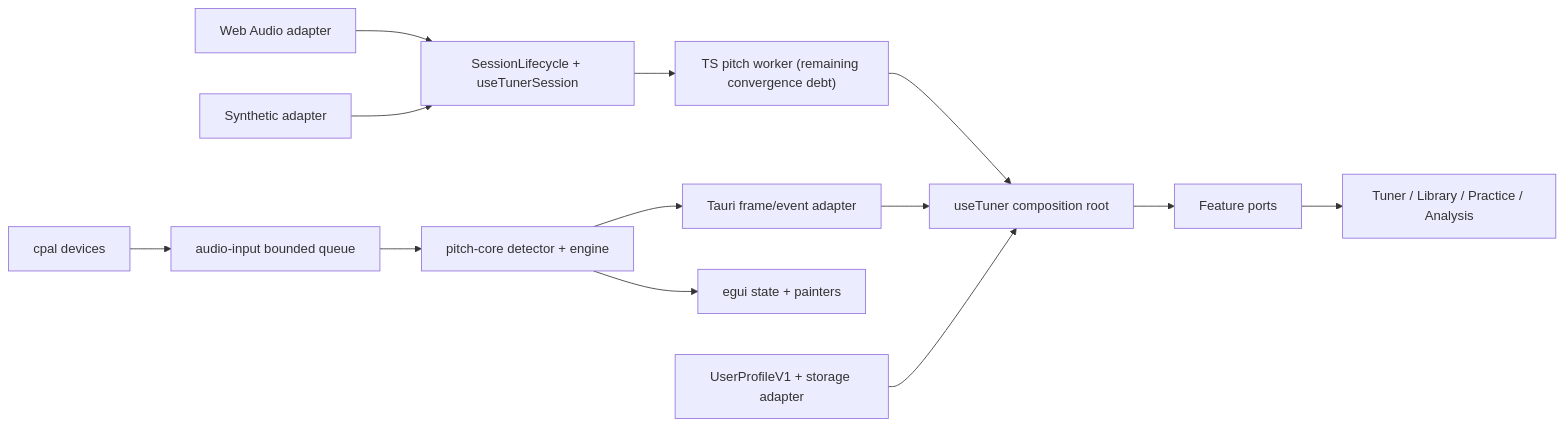
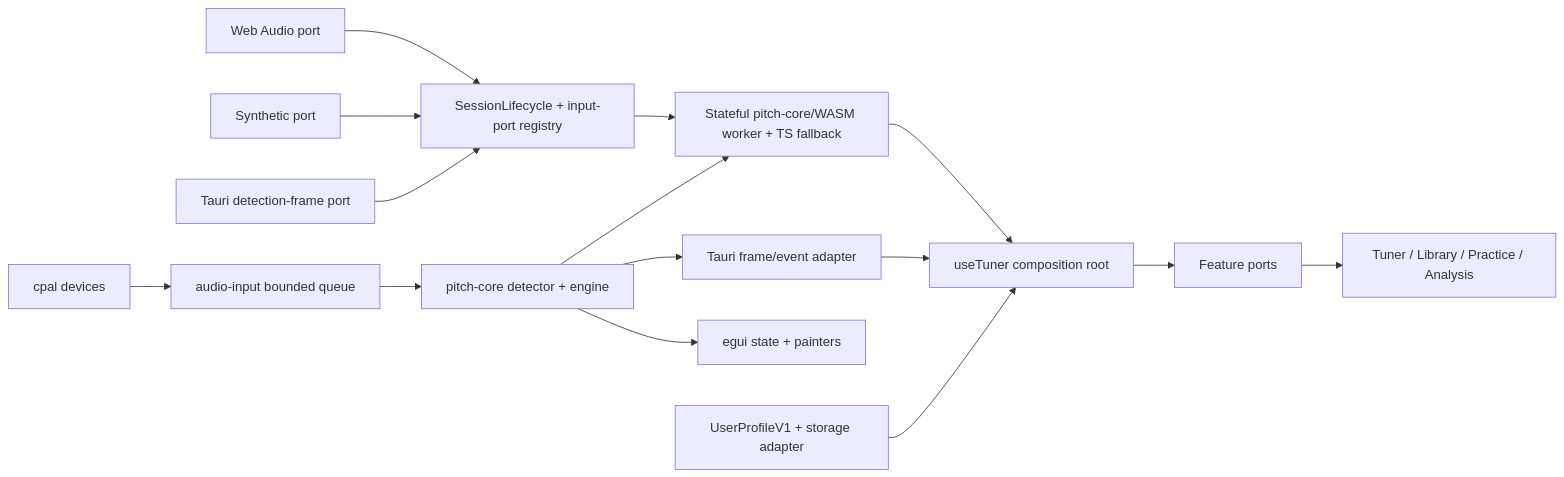
Before and after one commit to themoretheless/tuner: the diagram in ARCHITECTURE.md, drawn with Mermaid. The commit also changed other lines of this file and 6 other files, not shown here.

Commit message:
Record completed audio and WASM boundaries

````diff
--- a/ARCHITECTURE.md
+++ b/ARCHITECTURE.md
@@ -33,15 +35,17 @@
 ```mermaid
 flowchart LR
-  WebMic["Web Audio adapter"] --> WebSession["SessionLifecycle + useTunerSession"]
-  Synthetic["Synthetic adapter"] --> WebSession
-  WebSession --> TsWorker["TS pitch worker (remaining convergence debt)"]
+  WebMic["Web Audio port"] --> WebSession["SessionLifecycle + input-port registry"]
+  Synthetic["Synthetic port"] --> WebSession
+  NativePort["Tauri detection-frame port"] --> WebSession
+  WebSession --> WasmWorker["Stateful pitch-core/WASM worker + TS fallback"]
   Cpal["cpal devices"] --> AudioInput["audio-input bounded queue"]
   AudioInput --> Core["pitch-core detector + engine"]
+  Core --> WasmWorker
   Core --> Tauri["Tauri frame/event adapter"]
   Core --> Egui["egui state + painters"]
-  TsWorker --> Composition["useTuner composition root"]
+  WasmWorker --> Composition["useTuner composition root"]
   Tauri --> Composition
   Profile["UserProfileV1 + storage adapter"] --> Composition
   Composition --> Ports["Feature ports"]
   Ports --> Views["Tuner / Library / Practice / Analysis"]
 ```
````
